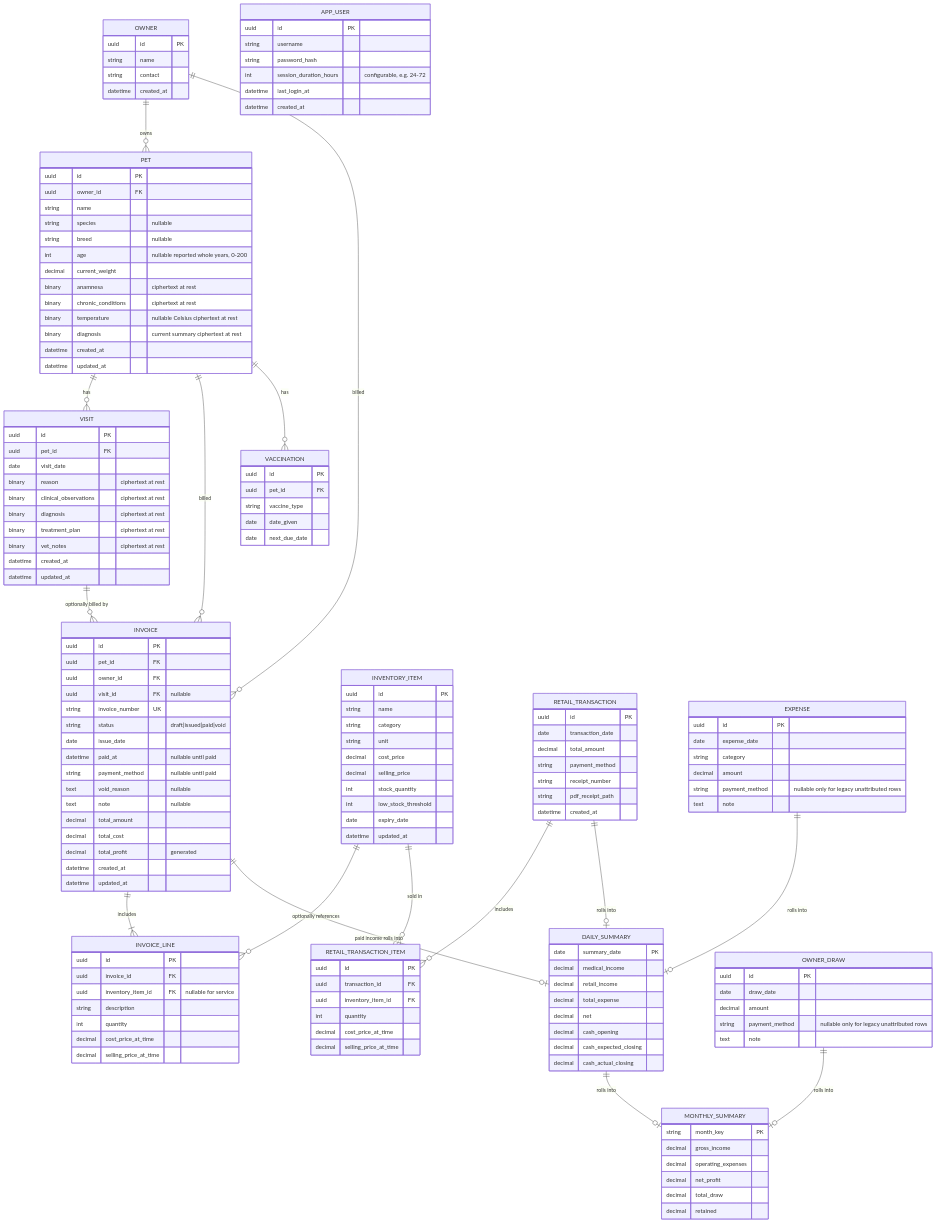
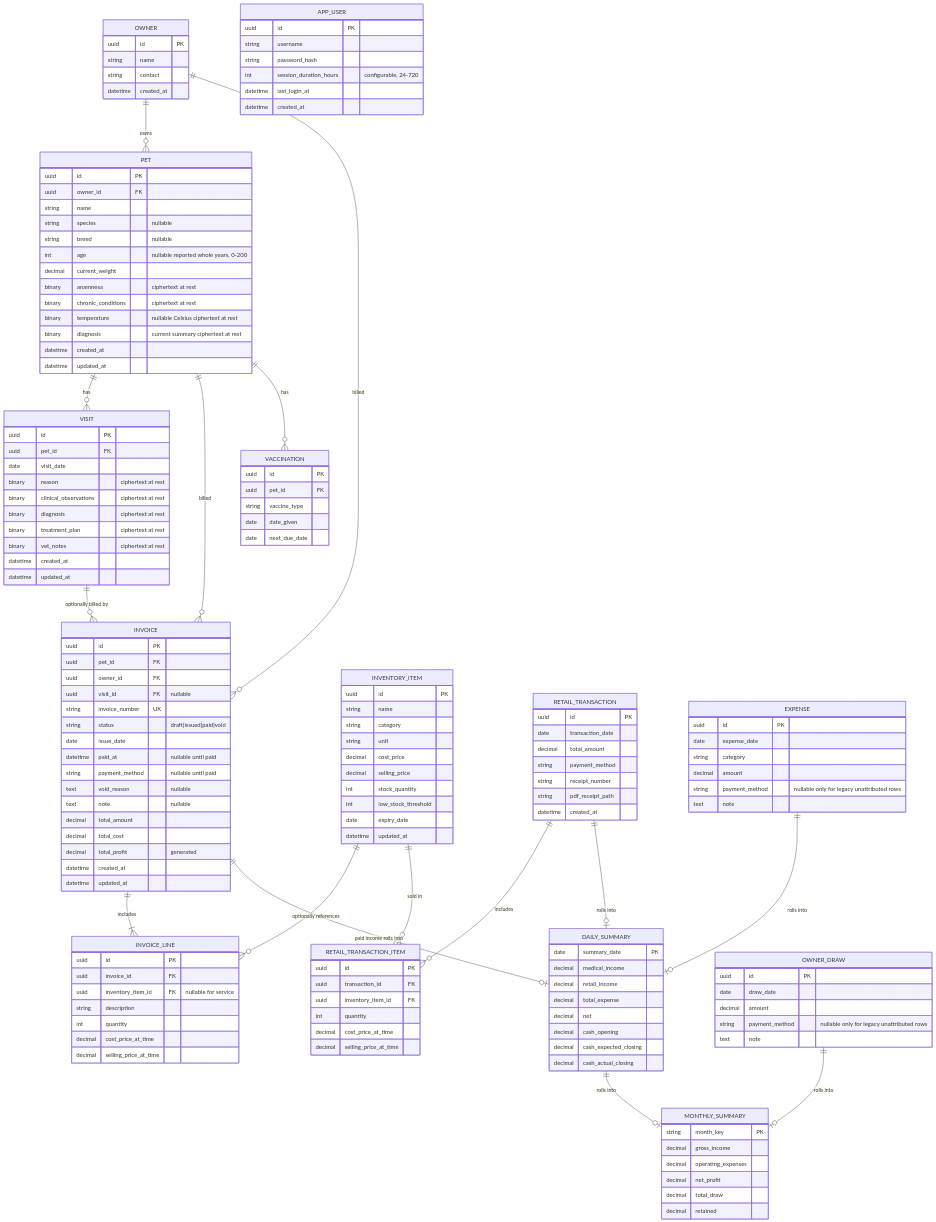
The first of 5 diagrams in docs/erd.md (fandykun/cito-mobile), drawn with Mermaid before and after one commit. The commit also changed other lines of this file and 1 other file, not shown here.

Commit message:
feat(auth): support thirty-day login sessions
- Expand account session policy from 72 to 720 hours

- Add forward-only database constraint migration and integration coverage

- Align authentication documentation with the thirty-day maximum

- Verified with go test ./... and database-backed auth/migration tests

```diff
--- a/docs/erd.md
+++ b/docs/erd.md
@@ -24,7 +24,7 @@
         uuid id PK
         string username
         string password_hash
-        int session_duration_hours "configurable, e.g. 24-72"
+        int session_duration_hours "configurable, 24-720"
         datetime last_login_at
         datetime created_at
     }
```
